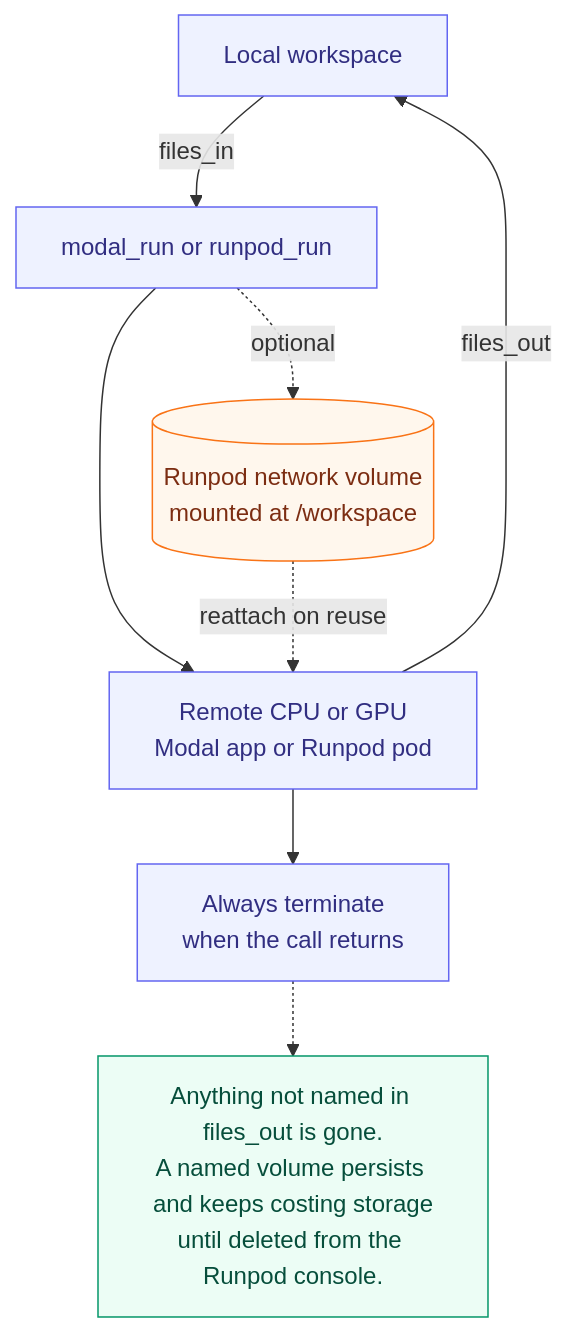
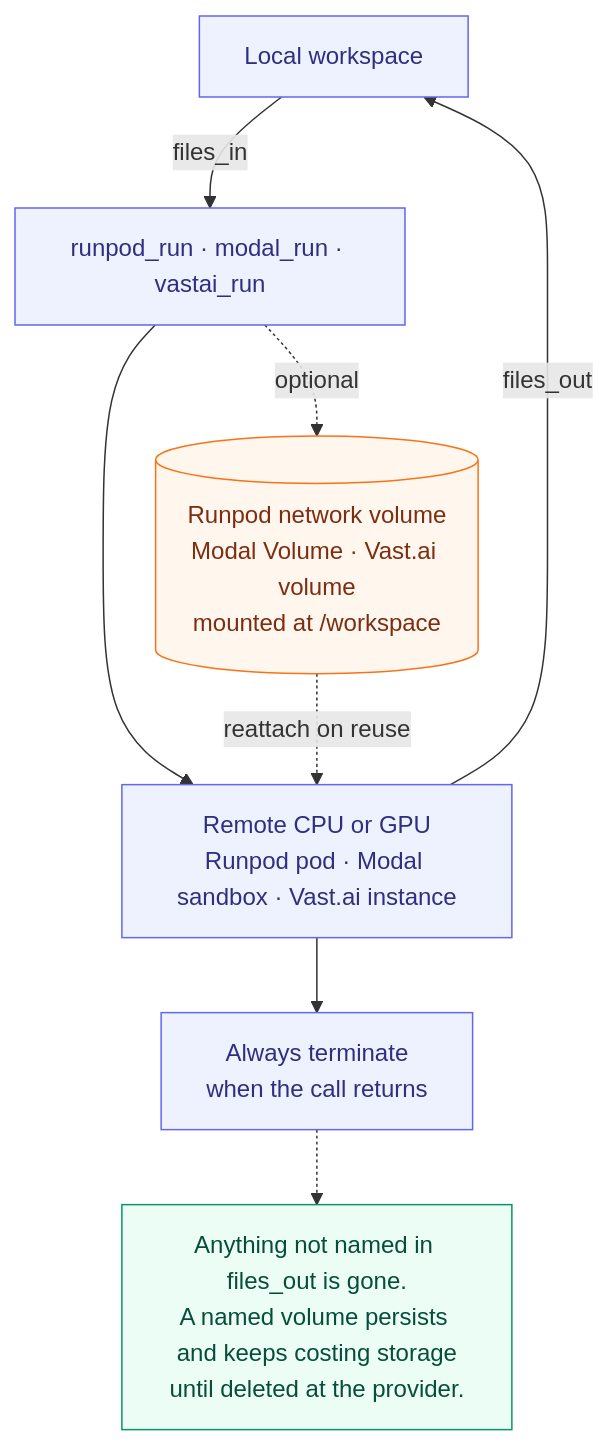
The diagram in docs/diagrams/compute-flow.mmd (raktim-mondol/academic-harness), drawn with Mermaid before and after one commit. The commit also changed 47 other files, not shown here.

First line of the commit message:
Release v0.25.0: Vast.ai backend, Runpod REST v2, compute hardening

```diff
--- a/docs/diagrams/compute-flow.mmd
+++ b/docs/diagrams/compute-flow.mmd
@@ -1,18 +1,18 @@
 flowchart TD
-  local[Local workspace] -->|files_in| run[modal_run or runpod_run]
-  run --> remote[Remote CPU or GPU<br/>Modal app or Runpod pod]
+  local[Local workspace] -->|files_in| run[runpod_run · modal_run · vastai_run]
+  run --> remote[Remote CPU or GPU<br/>Runpod pod · Modal sandbox · Vast.ai instance]
   remote -->|files_out| local
   remote --> stop[Always terminate<br/>when the call returns]
 
-  run -. optional .-> volume[(Runpod network volume<br/>mounted at /workspace)]
+  run -. optional .-> volume[(Runpod network volume<br/>Modal Volume · Vast.ai volume<br/>mounted at /workspace)]
   volume -. reattach on reuse .-> remote
 
-  note[Anything not named in files_out is gone.<br/>A named volume persists and keeps costing storage<br/>until deleted from the Runpod console.]
+  note[Anything not named in files_out is gone.<br/>A named volume persists and keeps costing storage<br/>until deleted at the provider.]
   stop -.-> note
 
   classDef step fill:#eef2ff,stroke:#6366f1,color:#312e81
   classDef store fill:#fff7ed,stroke:#f97316,color:#7c2d12
   classDef note fill:#ecfdf5,stroke:#059669,color:#064e3b
   class local,run,remote,stop step
   class volume store
   class note note
```
